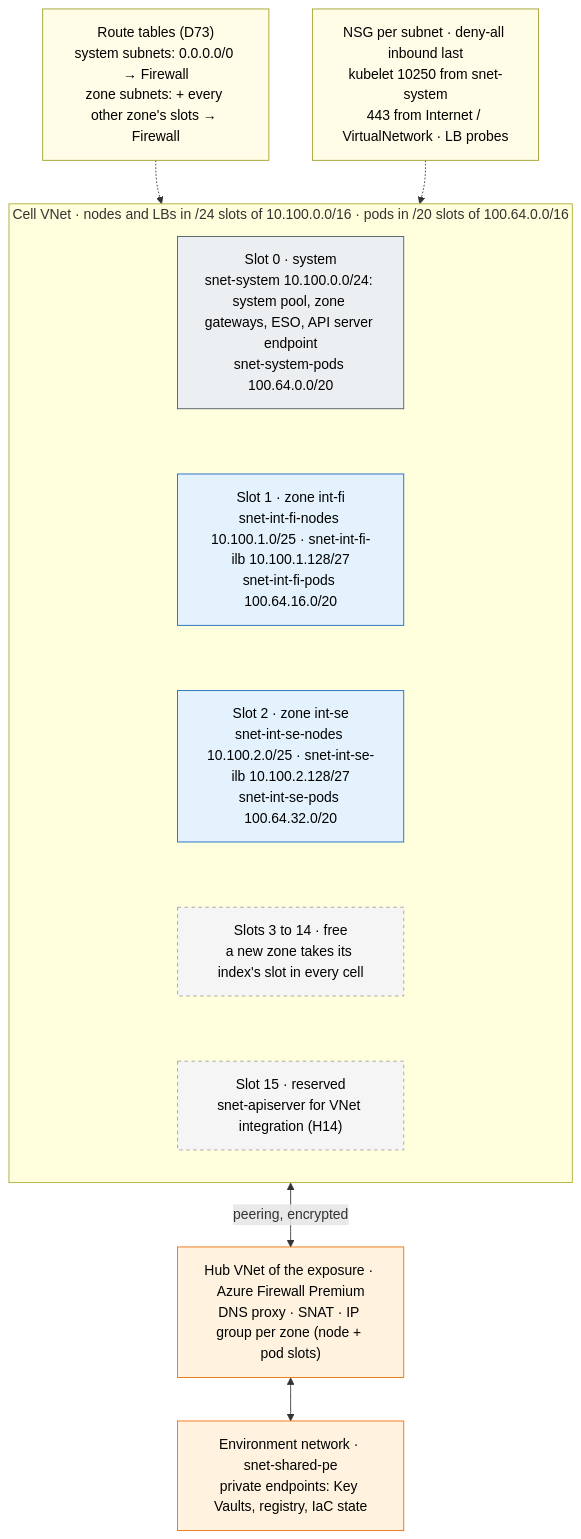
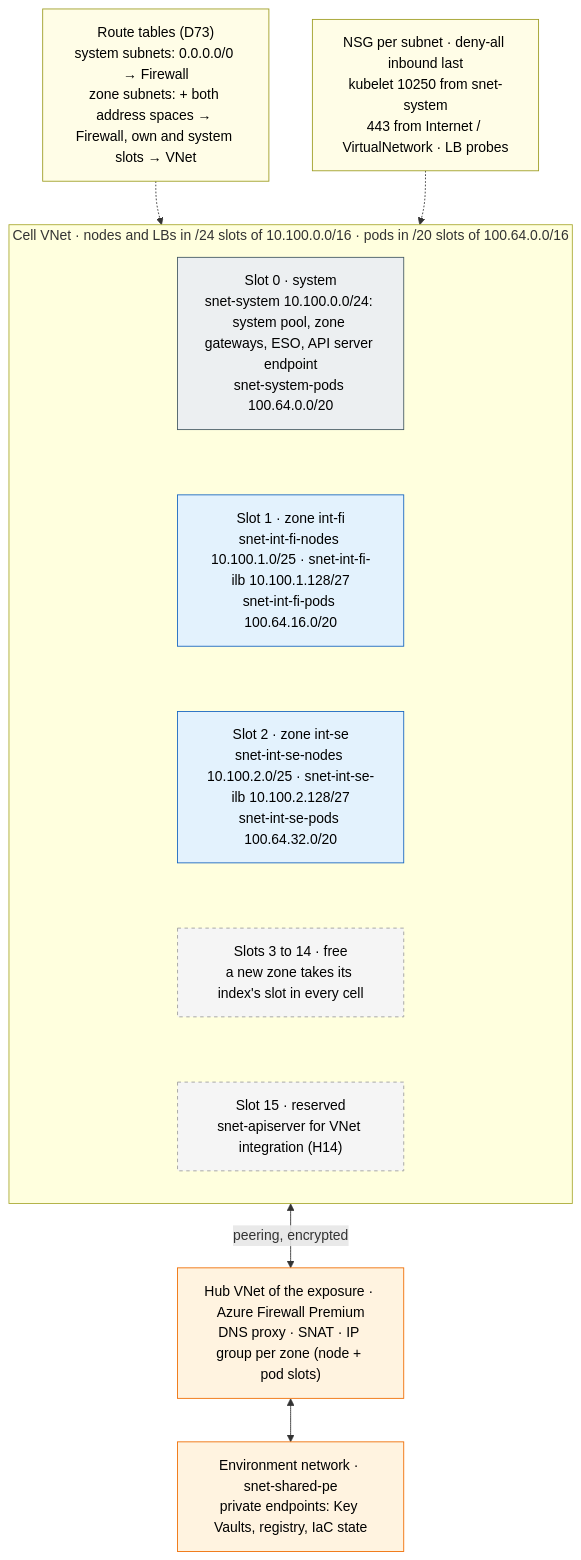
Before and after one commit to onek8s/onek8s.github.io: the diagram in diagrams/2.1-network-subnets.mmd, drawn with Mermaid. The commit also changed 12 other files, not shown here.

First line of the commit message:
v3.5: D73 revised - seven fixed routes per zone table, another zone only through its published name (#105)

```diff
--- a/diagrams/2.1-network-subnets.mmd
+++ b/diagrams/2.1-network-subnets.mmd
@@ -1,34 +1,35 @@
 %% Subnet layout of a cell's VNet (an internal cell as the example). Nodes and load balancers in sixteen /24 slots of one
 %% address space: slot 0 the system subnet, slots 1-14 the isolation zones by index, slot 15 reserved (H14). Pods in a
-%% second address space, a /20 per slot (D74). Every zone's node and pod subnets route the other zones' slots to the hub
-%% Firewall (D73). Private endpoints sit in the environment's shared network, not in the cell.
+%% second address space, a /20 per slot (D74). Every zone's node and pod subnets route the cell's address spaces to the hub
+%% Firewall, their own and the system pool's slots excepted (D73). Private endpoints sit in the environment's shared
+%% network, not in the cell.
 flowchart TB
-    rt["Route tables (D73)<br/>system subnets: 0.0.0.0/0 → Firewall<br/>zone subnets: + every other zone's slots → Firewall"]
+    rt["Route tables (D73)<br/>system subnets: 0.0.0.0/0 → Firewall<br/>zone subnets: + both address spaces → Firewall, own and system slots → VNet"]
     nsg["NSG per subnet · deny-all inbound last<br/>kubelet 10250 from snet-system<br/>443 from Internet / VirtualNetwork · LB probes"]
     subgraph VNET["Cell VNet · nodes and LBs in /24 slots of 10.100.0.0/16 · pods in /20 slots of 100.64.0.0/16"]
         direction TB
         s0["Slot 0 · system<br/>snet-system 10.100.0.0/24: system pool, zone gateways, ESO, API server endpoint<br/>snet-system-pods 100.64.0.0/20"]
         s1["Slot 1 · zone int-fi<br/>snet-int-fi-nodes 10.100.1.0/25 · snet-int-fi-ilb 10.100.1.128/27<br/>snet-int-fi-pods 100.64.16.0/20"]
         s2["Slot 2 · zone int-se<br/>snet-int-se-nodes 10.100.2.0/25 · snet-int-se-ilb 10.100.2.128/27<br/>snet-int-se-pods 100.64.32.0/20"]
         sf["Slots 3 to 14 · free<br/>a new zone takes its index's slot in every cell"]
         s15["Slot 15 · reserved<br/>snet-apiserver for VNet integration (H14)"]
         s0 ~~~ s1 ~~~ s2 ~~~ sf ~~~ s15
     end
     hub["Hub VNet of the exposure · Azure Firewall Premium<br/>DNS proxy · SNAT · IP group per zone (node + pod slots)"]
     shared["Environment network · snet-shared-pe<br/>private endpoints: Key Vaults, registry, IaC state"]
 
     rt -.-> VNET
     nsg -.-> VNET
     VNET <-->|"peering, encrypted"| hub
     hub <--> shared
 
     classDef cp fill:#eceff1,stroke:#455a64,color:#000
     classDef int fill:#e3f2fd,stroke:#1565c0,color:#000
     classDef res fill:#f5f5f5,stroke:#9e9e9e,color:#000,stroke-dasharray: 4 4
     classDef note fill:#fffde7,stroke:#9e9d24,color:#000
     classDef ext fill:#fff3e0,stroke:#ef6c00,color:#000
     class s0 cp
     class s1,s2 int
     class sf,s15 res
     class rt,nsg note
     class shared,hub ext
```
